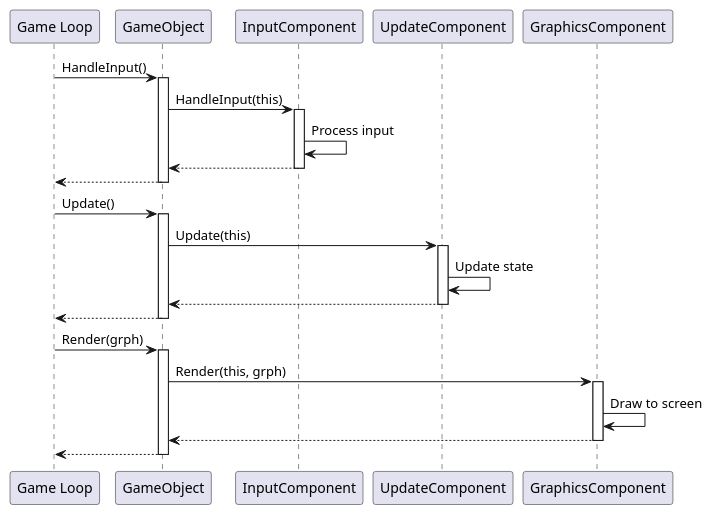
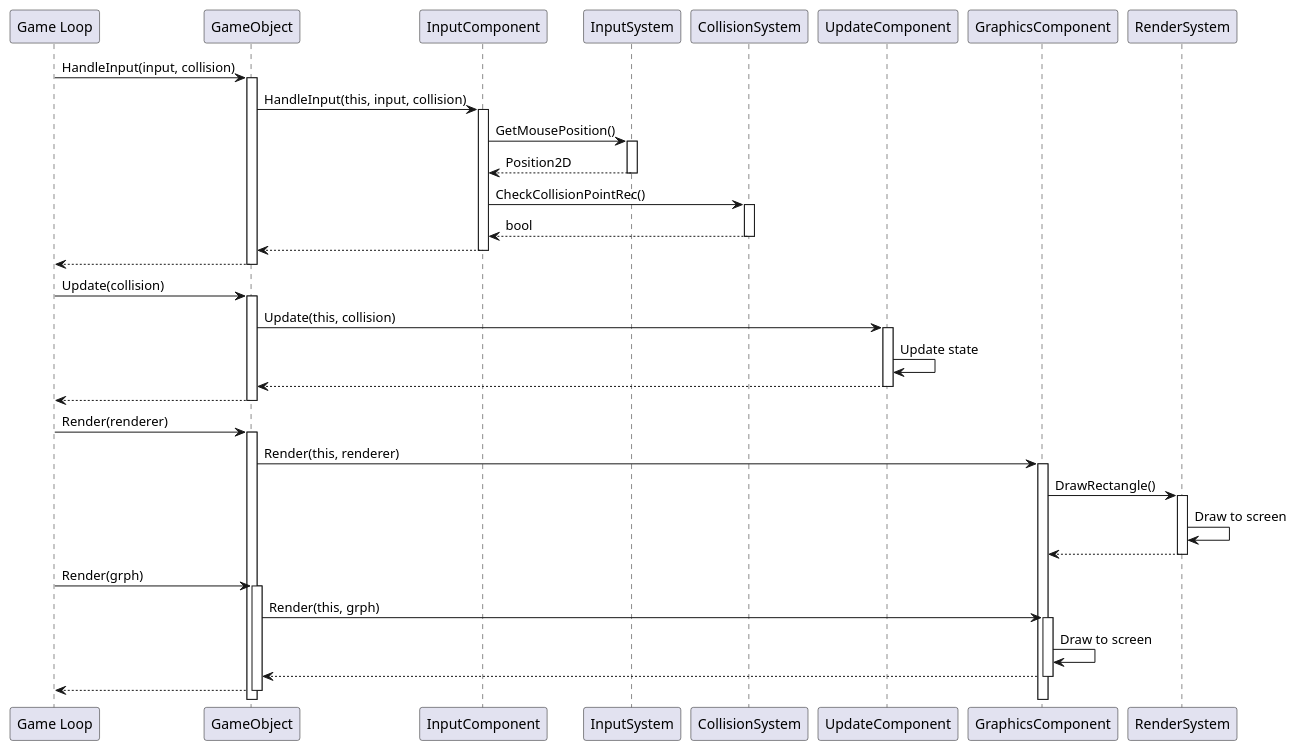
Before and after one commit to neverthedev/tile-game: the second of 2 diagrams in raylib-my/docs/component_architecture.md, drawn with PlantUML. The commit also changed other lines of this file and 62 other files, not shown here.

````diff
--- a/raylib-my/docs/component_architecture.md
+++ b/raylib-my/docs/component_architecture.md
@@ -166,40 +196,60 @@
 ```plantuml
 @startuml
 participant "Game Loop" as Loop
 participant "GameObject" as Obj
 participant "InputComponent" as Input
+participant "InputSystem" as InputSys
+participant "CollisionSystem" as CollSys
 participant "UpdateComponent" as Update
 participant "GraphicsComponent" as Graphics
+participant "RenderSystem" as RenderSys
 
-Loop -> Obj: HandleInput()
+Loop -> Obj: HandleInput(input, collision)
 activate Obj
-Obj -> Input: HandleInput(this)
+Obj -> Input: HandleInput(this, input, collision)
 activate Input
-Input -> Input: Process input
+Input -> InputSys: GetMousePosition()
+activate InputSys
+InputSys --> Input: Position2D
+deactivate InputSys
+Input -> CollSys: CheckCollisionPointRec()
+activate CollSys
+CollSys --> Input: bool
+deactivate CollSys
 Input --> Obj:
 deactivate Input
 Obj --> Loop:
 deactivate Obj
 
-Loop -> Obj: Update()
+Loop -> Obj: Update(collision)
 activate Obj
-Obj -> Update: Update(this)
+Obj -> Update: Update(this, collision)
 activate Update
 Update -> Update: Update state
 Update --> Obj:
 deactivate Update
 Obj --> Loop:
 deactivate Obj
+
+Loop -> Obj: Render(renderer)
+activate Obj
+Obj -> Graphics: Render(this, renderer)
+activate Graphics
+Graphics -> RenderSys: DrawRectangle()
+activate RenderSys
+RenderSys -> RenderSys: Draw to screen
+RenderSys --> Graphics:
+deactivate RenderSys
 
 Loop -> Obj: Render(grph)
 activate Obj
 Obj -> Graphics: Render(this, grph)
 activate Graphics
 Graphics -> Graphics: Draw to screen
 Graphics --> Obj:
 deactivate Graphics
 Obj --> Loop:
 deactivate Obj
 
 @enduml
 ```
````
